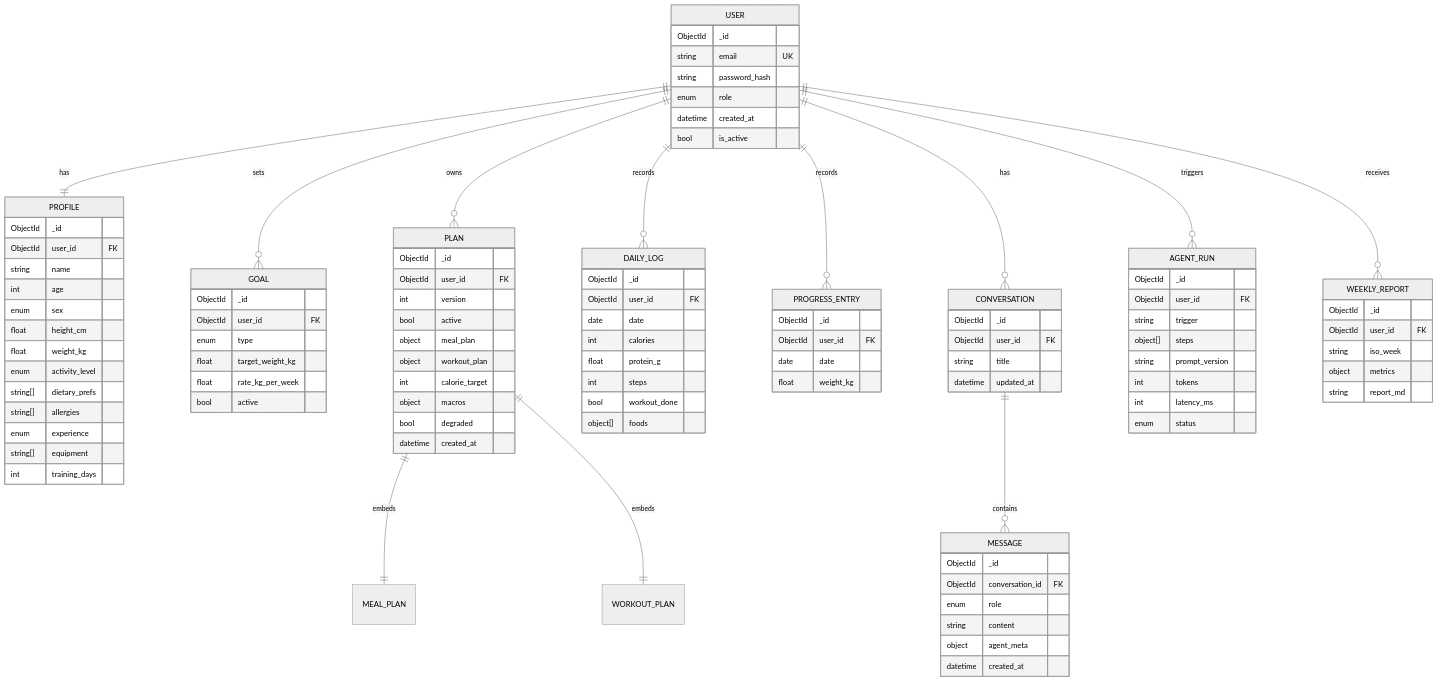
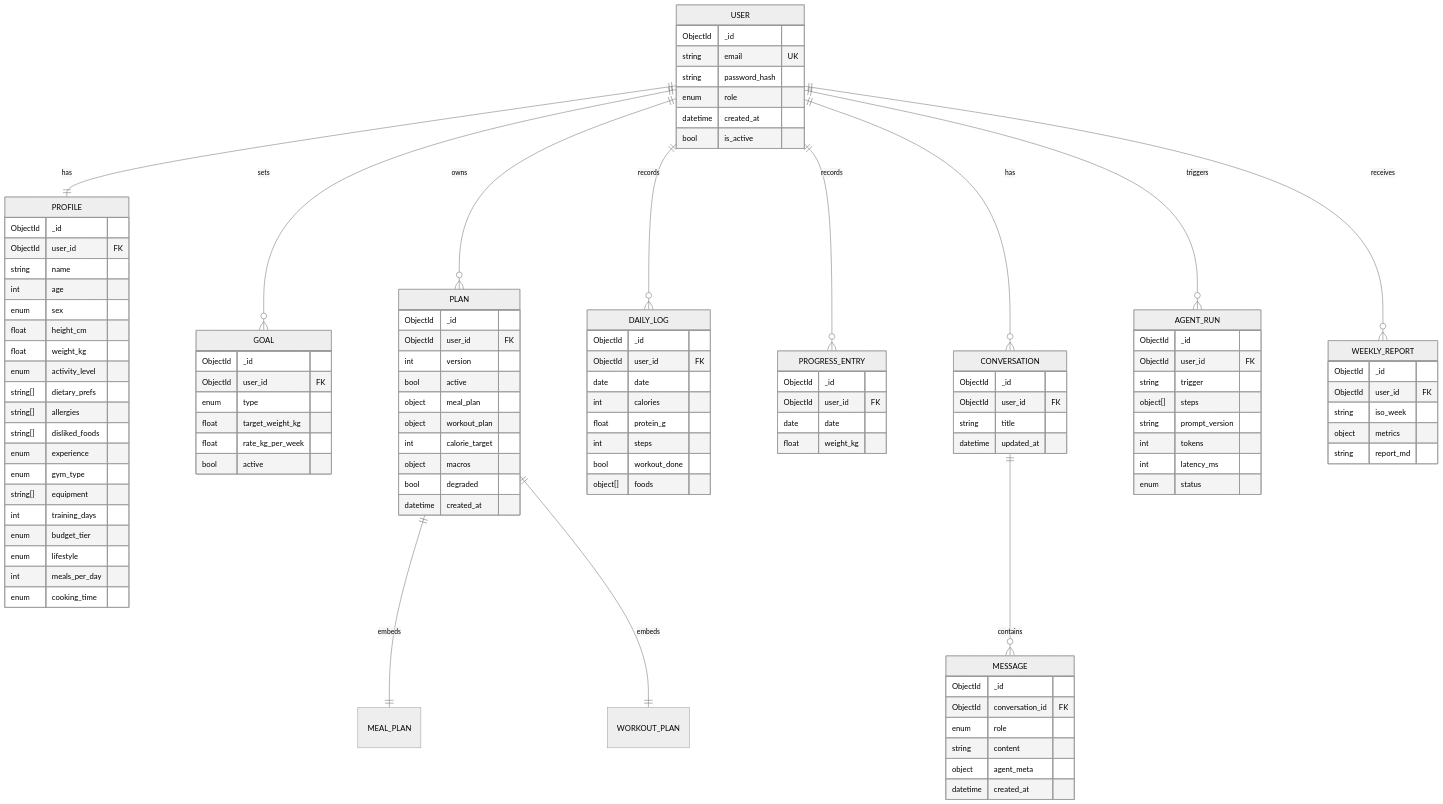
One commit to Ryanrezzz/FitTwin changed the diagram in docs/03-data-model.md. Above: the diagram before and after it, drawn with Mermaid (neutral theme). The commit also changed other lines of this file and 15 other files, not shown here.

First line of the commit message:
Enhance system architecture and agent functionality with hybrid execution modes

```diff
--- a/docs/03-data-model.md
+++ b/docs/03-data-model.md
@@ -58,9 +58,15 @@
         enum activity_level
         string[] dietary_prefs
         string[] allergies
+        string[] disliked_foods
         enum experience
+        enum gym_type
         string[] equipment
         int training_days
+        enum budget_tier
+        enum lifestyle
+        int meals_per_day
+        enum cooking_time
     }
     GOAL {
         ObjectId _id
```
